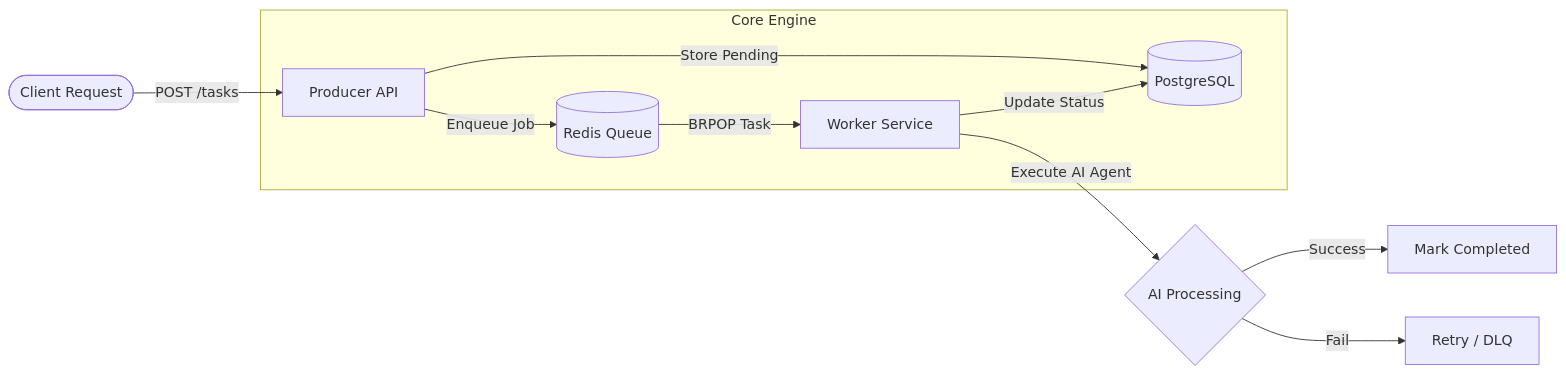
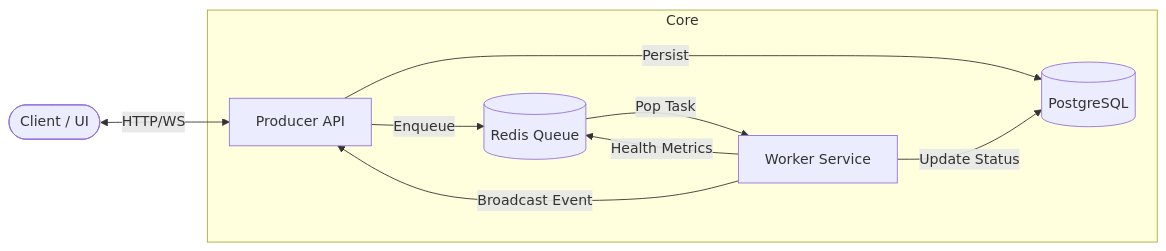
One commit to YehiaGewily/Agent-Mesh changed the diagram in README.md. Above: the diagram before and after it, drawn with Mermaid. The commit also changed other lines of this file, not shown here.

````diff
--- a/README.md
+++ b/README.md
@@ -13,16 +21,15 @@
 ```mermaid
 flowchart LR
-    Client([Client Request]) -->|POST /tasks| Producer[Producer API]
+    Client([Client / UI]) <-->|HTTP/WS| Producer[Producer API]
     
-    subgraph Core Engine
-        Producer -->|Store Pending| DB[(PostgreSQL)]
-        Producer -->|Enqueue Job| Redis[(Redis Queue)]
+    subgraph Core
+        Producer -->|Enqueue| Redis[(Redis Queue)]
+        Producer -->|Persist| DB[(PostgreSQL)]
         
-        Redis -->|BRPOP Task| Worker[Worker Service]
+        Redis -->|Pop Task| Worker[Worker Service]
         Worker -->|Update Status| DB
+        Worker -->|Health Metrics| Redis
     end
     
-    Worker -->|Execute AI Agent| AgentLogic{AI Processing}
-    AgentLogic -->|Success| Complete[Mark Completed]
-    AgentLogic -->|Fail| Retry[Retry / DLQ]
+    Worker -->|Broadcast Event| Producer
 ```
````
